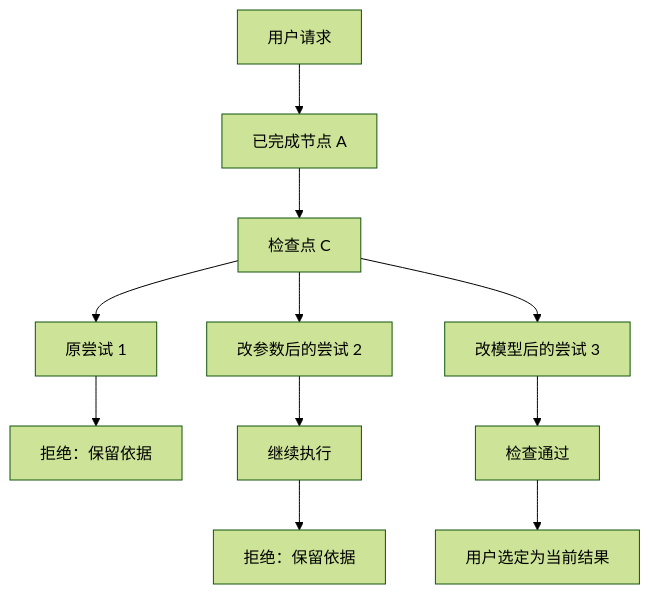
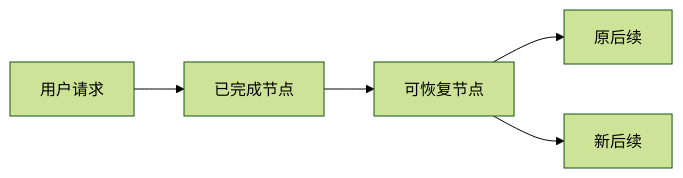
The diagram in docs/architecture/04-workflow-and-trace.md (zhangtianhong-1998/xuanyue-data-agent), drawn with Mermaid (forest theme) before and after one commit. The commit also changed other lines of this file and 5 other files, not shown here.

````diff
--- a/docs/architecture/04-workflow-and-trace.md
+++ b/docs/architecture/04-workflow-and-trace.md
@@ -57,13 +49,7 @@
 ```mermaid
-flowchart TD
-  Q[用户请求] --> A[已完成节点 A]
-  A --> C[检查点 C]
-  C --> B1[原尝试 1]
-  B1 --> R1[拒绝：保留依据]
-  C --> B2[改参数后的尝试 2]
-  B2 --> D[继续执行]
-  D --> R2[拒绝：保留依据]
-  C --> B3[改模型后的尝试 3]
-  B3 --> P[检查通过]
-  P --> S[用户选定为当前结果]
+flowchart LR
+  A[用户请求] --> B[已完成节点]
+  B --> C[可恢复节点]
+  C --> D[原后续]
+  C --> E[新后续]
 ```
````
